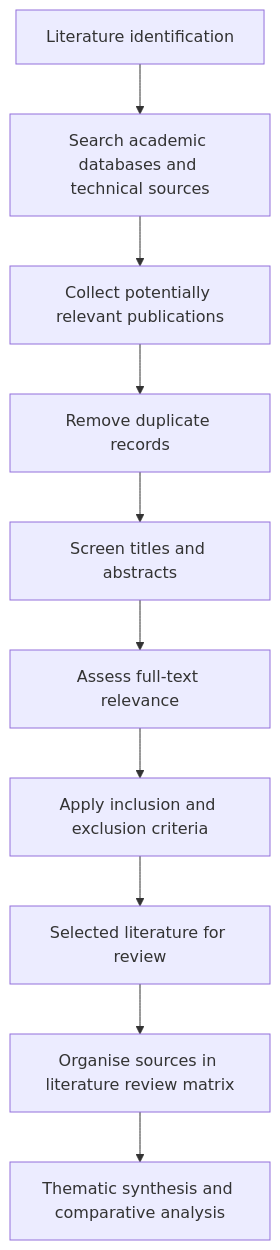
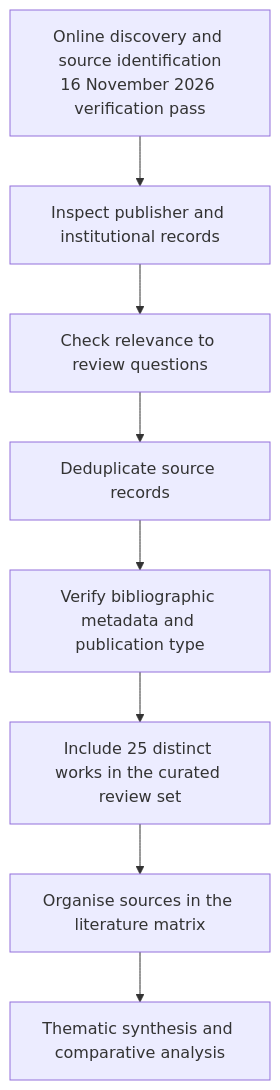
One commit to Vansh112008/xz-utils-backdoor-survey-evidence changed the diagram in figures/literature-selection-flowchart.md. Above: the diagram before and after it, drawn with Mermaid. The commit also changed other lines of this file, not shown here.

Commit message:
Replace placeholder selection diagram with transparent documented verification workflow

````diff
--- a/figures/literature-selection-flowchart.md
+++ b/figures/literature-selection-flowchart.md
@@ -4,12 +3,10 @@
 ```mermaid
 flowchart TD
-    A["Literature identification"] --> B["Search academic databases and technical sources"]
-    B --> C["Collect potentially relevant publications"]
-    C --> D["Remove duplicate records"]
-    D --> E["Screen titles and abstracts"]
-    E --> F["Assess full-text relevance"]
-    F --> G["Apply inclusion and exclusion criteria"]
-    G --> H["Selected literature for review"]
-    H --> I["Organise sources in literature review matrix"]
-    I --> J["Thematic synthesis and comparative analysis"]
+    A["Online discovery and source identification\n16 November 2026 verification pass"] --> B["Inspect publisher and institutional records"]
+    B --> C["Check relevance to review questions"]
+    C --> D["Deduplicate source records"]
+    D --> E["Verify bibliographic metadata and publication type"]
+    E --> F["Include 25 distinct works in the curated review set"]
+    F --> G["Organise sources in the literature matrix"]
+    G --> H["Thematic synthesis and comparative analysis"]
 ```
````
